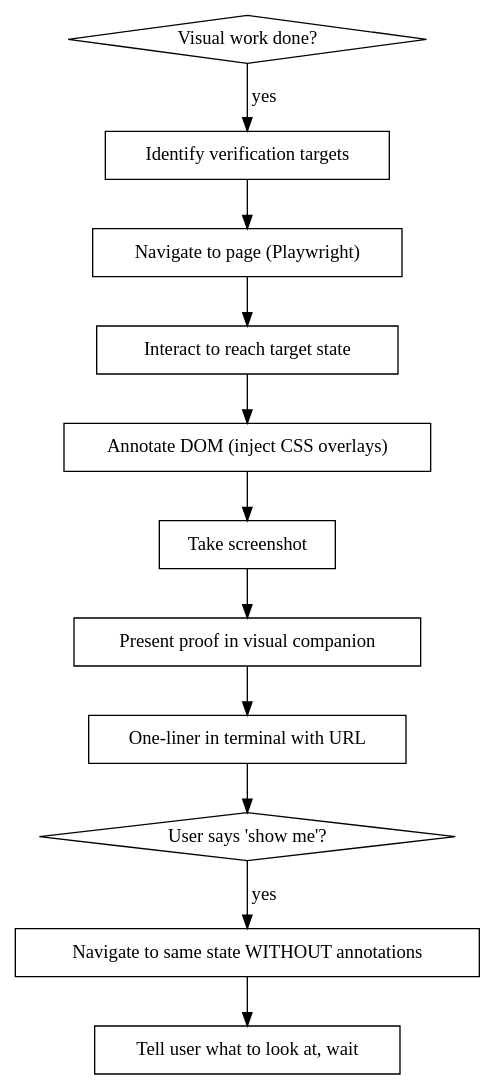
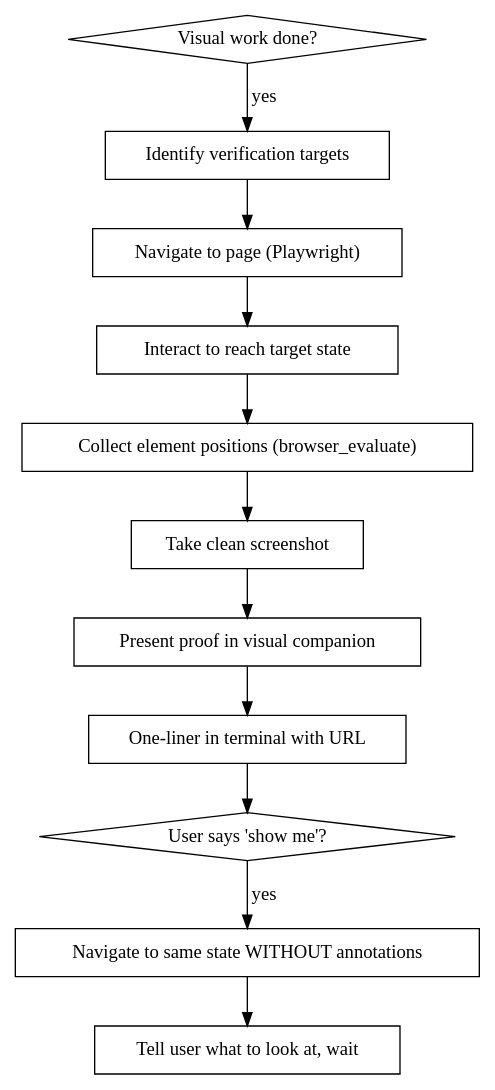
One commit to IT4WEBBV/LaravelClaudeMd changed the diagram in skills/browser-verification/SKILL.md. Above: the diagram before and after it, drawn with Graphviz. The commit also changed other lines of this file, not shown here.

Commit message:
Fix browser-verification skill to ensure visual companion is used
- Strip workflow summary from description (CSO best practice)
- Add cross-reference to superpowers:brainstorming visual companion
- Fix flowchart to match step 3 (collect positions, not annotate DOM)

````diff
--- a/skills/browser-verification/SKILL.md
+++ b/skills/browser-verification/SKILL.md
@@ -18,26 +20,26 @@
 ```dot
 digraph proof_flow {
     "Visual work done?" [shape=diamond];
     "Identify verification targets" [shape=box];
     "Navigate to page (Playwright)" [shape=box];
     "Interact to reach target state" [shape=box];
-    "Annotate DOM (inject CSS overlays)" [shape=box];
-    "Take screenshot" [shape=box];
+    "Collect element positions (browser_evaluate)" [shape=box];
+    "Take clean screenshot" [shape=box];
     "Present proof in visual companion" [shape=box];
     "One-liner in terminal with URL" [shape=box];
     "User says 'show me'?" [shape=diamond];
     "Navigate to same state WITHOUT annotations" [shape=box];
     "Tell user what to look at, wait" [shape=box];
 
     "Visual work done?" -> "Identify verification targets" [label="yes"];
     "Identify verification targets" -> "Navigate to page (Playwright)";
     "Navigate to page (Playwright)" -> "Interact to reach target state";
-    "Interact to reach target state" -> "Annotate DOM (inject CSS overlays)";
-    "Annotate DOM (inject CSS overlays)" -> "Take screenshot";
-    "Take screenshot" -> "Present proof in visual companion";
+    "Interact to reach target state" -> "Collect element positions (browser_evaluate)";
+    "Collect element positions (browser_evaluate)" -> "Take clean screenshot";
+    "Take clean screenshot" -> "Present proof in visual companion";
     "Present proof in visual companion" -> "One-liner in terminal with URL";
     "One-liner in terminal with URL" -> "User says 'show me'?";
     "User says 'show me'?" -> "Navigate to same state WITHOUT annotations" [label="yes"];
     "Navigate to same state WITHOUT annotations" -> "Tell user what to look at, wait";
 }
 ```
````
